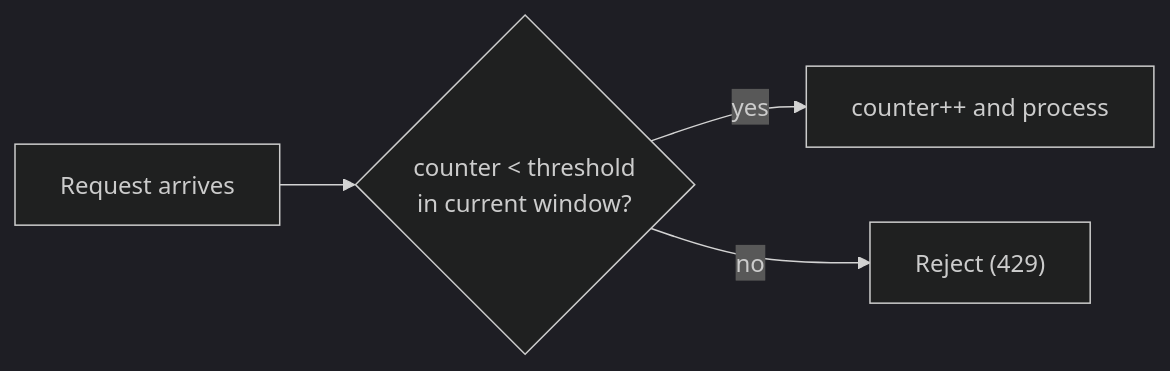
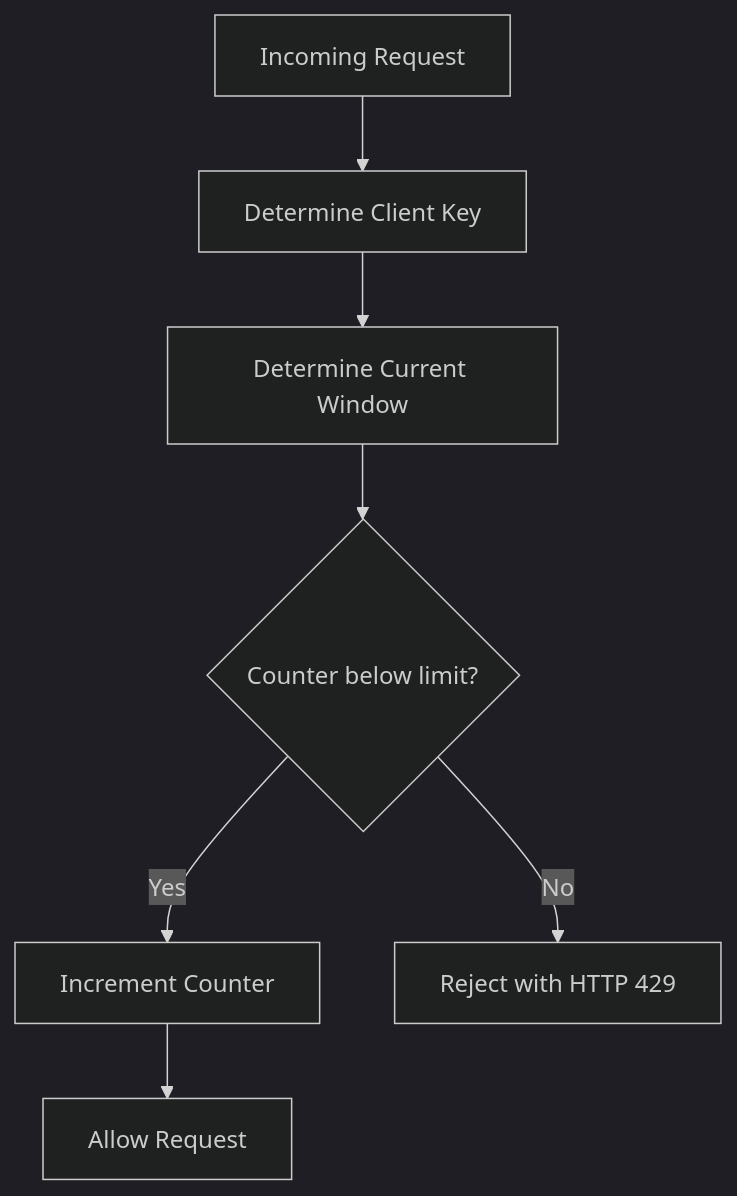
One commit to HARRISAMIN432/system-design-hld changed the sixth of 9 diagrams in 12_Rate_limiting/README.md. Above: the diagram before and after it, drawn with Mermaid (dark theme). The commit also changed other lines of this file and 11 other files, not shown here.

````diff
--- a/12_Rate_limiting/README.md
+++ b/12_Rate_limiting/README.md
@@ -213,6 +699,11 @@
 ```mermaid
-flowchart LR
-    R["Request arrives"] --> W{"counter < threshold<br/>in current window?"}
-    W -- "yes" --> I["counter++ and process"]
-    W -- "no" --> X["Reject (429)"]
+flowchart TD
+    R["Incoming Request"] --> K["Determine Client Key"]
+    K --> W["Determine Current Window"]
+    W --> C{"Counter below limit?"}
+
+    C -->|"Yes"| I["Increment Counter"]
+    I --> A["Allow Request"]
+
+    C -->|"No"| X["Reject with HTTP 429"]
 ```
````
